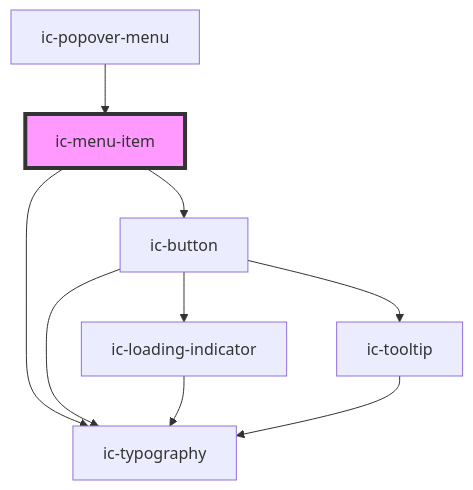
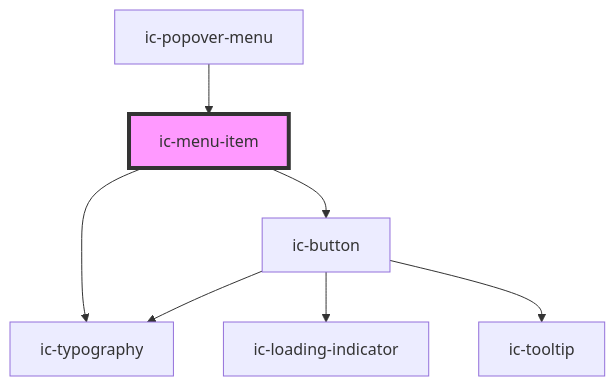
One commit to mi6/ic-ui-kit changed the diagram in packages/web-components/src/components/ic-menu-item/readme.md. Above: the diagram before and after it, drawn with Mermaid. The commit also changed other lines of this file and 13 other files, not shown here.

````diff
--- a/packages/web-components/src/components/ic-menu-item/readme.md
+++ b/packages/web-components/src/components/ic-menu-item/readme.md
@@ -52,12 +54,10 @@
 ```mermaid
 graph TD;
+  ic-menu-item --> ic-button
   ic-menu-item --> ic-typography
-  ic-menu-item --> ic-button
+  ic-popover-menu --> ic-menu-item
   ic-button --> ic-typography
   ic-button --> ic-loading-indicator
   ic-button --> ic-tooltip
-  ic-loading-indicator --> ic-typography
-  ic-tooltip --> ic-typography
-  ic-popover-menu --> ic-menu-item
   style ic-menu-item fill:#f9f,stroke:#333,stroke-width:4px
 ```
````
